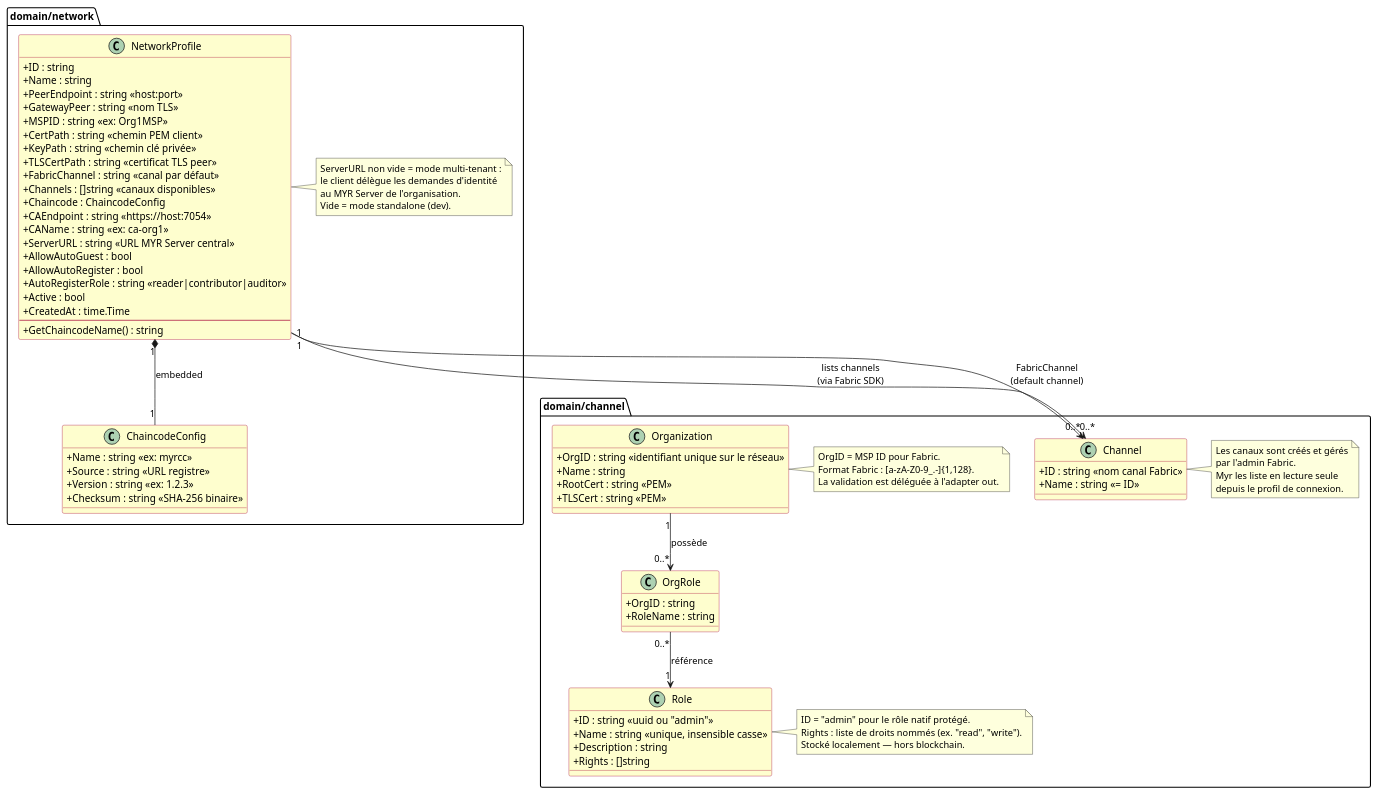
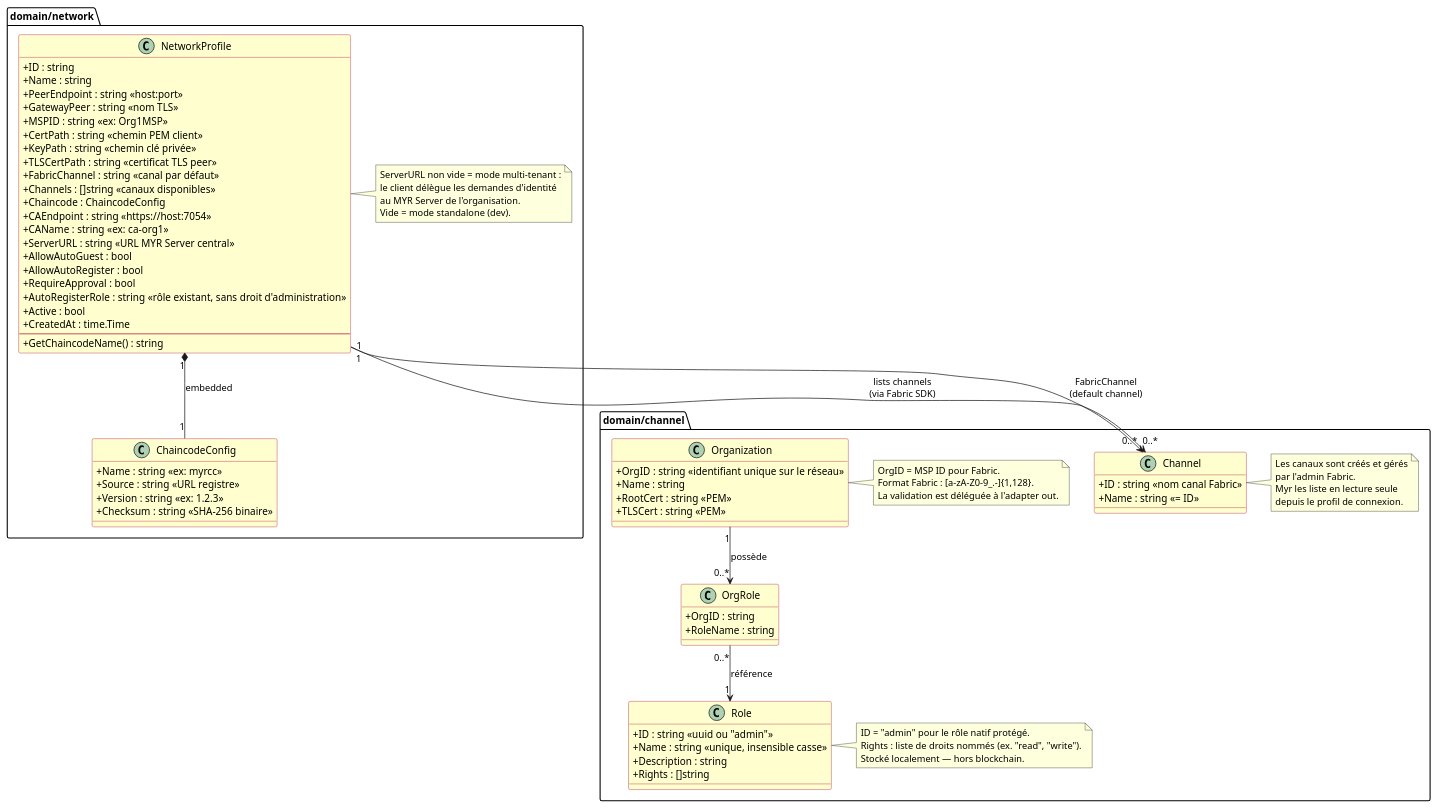
The first of 5 diagrams in specs/3-Conception/DC_D2_Administration.md (myr-forge/myr-core), drawn with PlantUML before and after one commit. The commit also changed other lines of this file and 21 other files, not shown here.

```diff
--- a/specs/3-Conception/DC_D2_Administration.md
+++ b/specs/3-Conception/DC_D2_Administration.md
@@ -63,7 +63,8 @@
     + ServerURL : string <<URL MYR Server central>>
     + AllowAutoGuest : bool
     + AllowAutoRegister : bool
-    + AutoRegisterRole : string <<reader|contributor|auditor>>
+    + RequireApproval : bool
+    + AutoRegisterRole : string <<rôle existant, sans droit d'administration>>
     + Active : bool
     + CreatedAt : time.Time
     --
```
